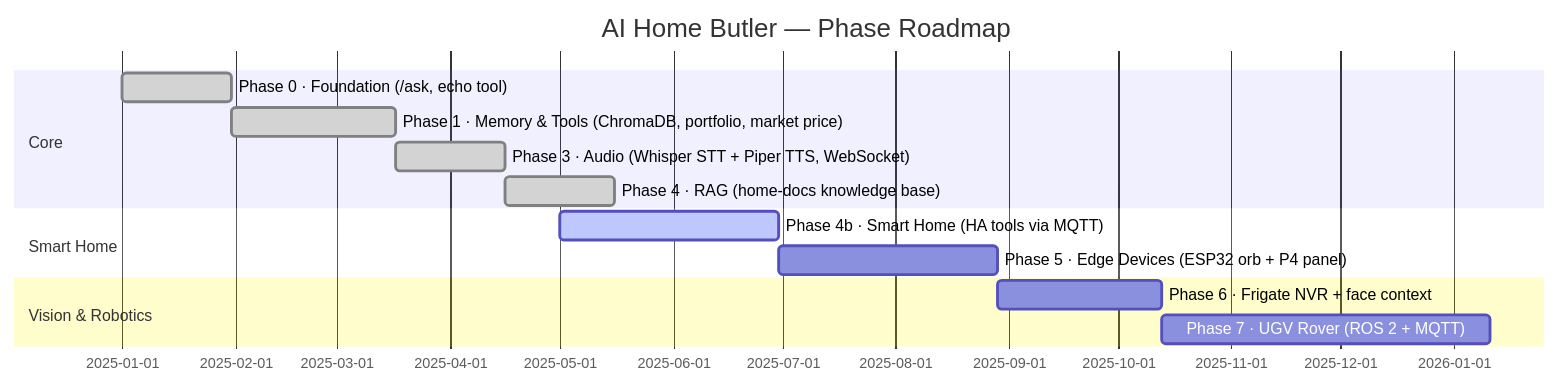
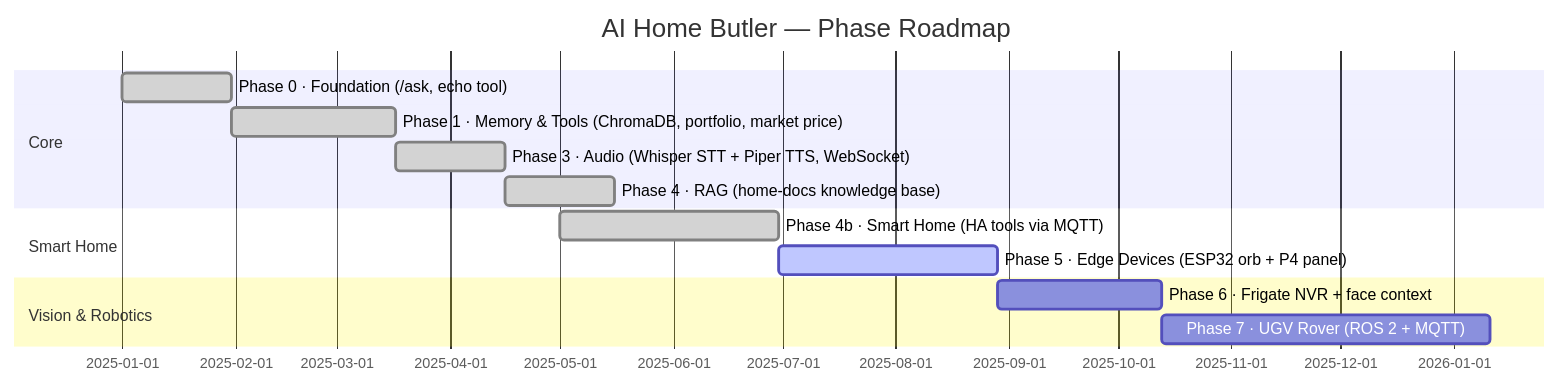
One commit to damon-wangzc/ai-home-butler changed the fifth of 5 diagrams in README.md. Above: the diagram before and after it, drawn with Mermaid. The commit also changed other lines of this file and 23 other files, not shown here.

````diff
--- a/README.md
+++ b/README.md
@@ -579,16 +687,16 @@
 ```mermaid
 gantt
     title AI Home Butler — Phase Roadmap
     dateFormat  YYYY-MM-DD
     section Core
     Phase 0 · Foundation (/ask, echo tool)     :done,    p0, 2025-01-01, 30d
     Phase 1 · Memory & Tools (ChromaDB, portfolio, market price) :done, p1, after p0, 45d
     Phase 3 · Audio (Whisper STT + Piper TTS, WebSocket)        :done, p3, after p1, 30d
     Phase 4 · RAG (home-docs knowledge base)   :done,    p4, after p3, 30d
     section Smart Home
-    Phase 4b · Smart Home (HA tools via MQTT)  :active,  p4b, 2025-05-01, 60d
-    Phase 5 · Edge Devices (ESP32 orb + P4 panel) :        p5, after p4b, 60d
+    Phase 4b · Smart Home (HA tools via MQTT)  :done,    p4b, 2025-05-01, 60d
+    Phase 5 · Edge Devices (ESP32 orb + P4 panel) :active,  p5, after p4b, 60d
     section Vision & Robotics
     Phase 6 · Frigate NVR + face context       :        p6, after p5, 45d
     Phase 7 · UGV Rover (ROS 2 + MQTT)         :        p7, after p6, 90d
 ```
````
